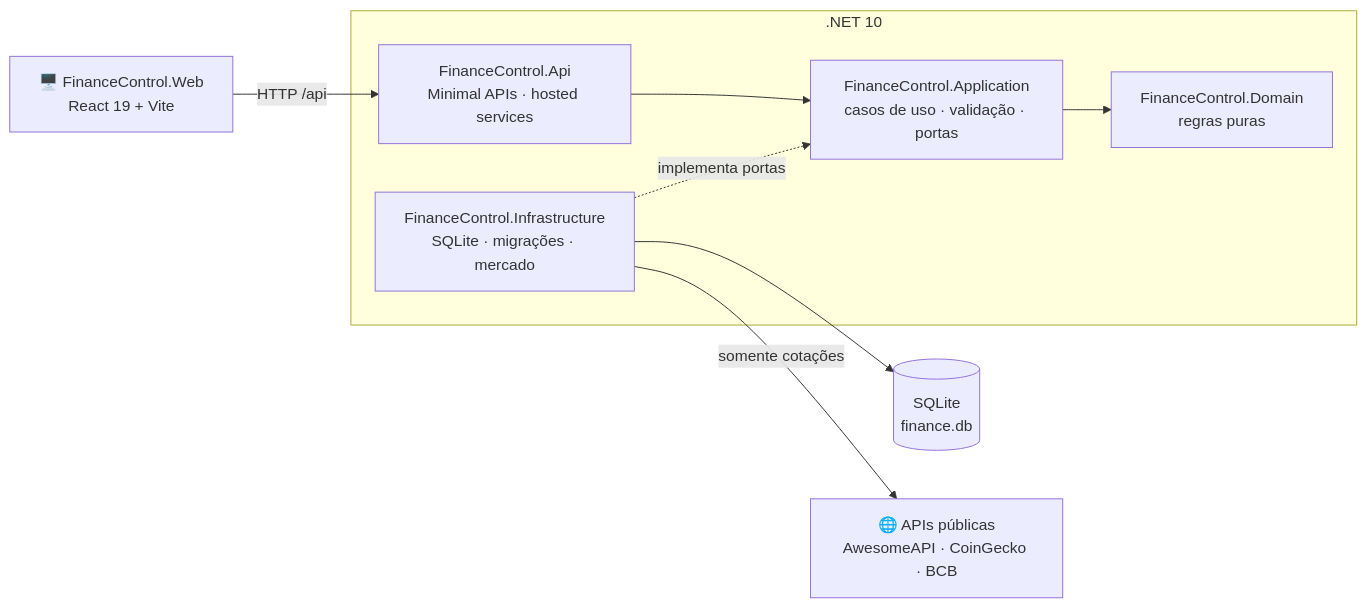
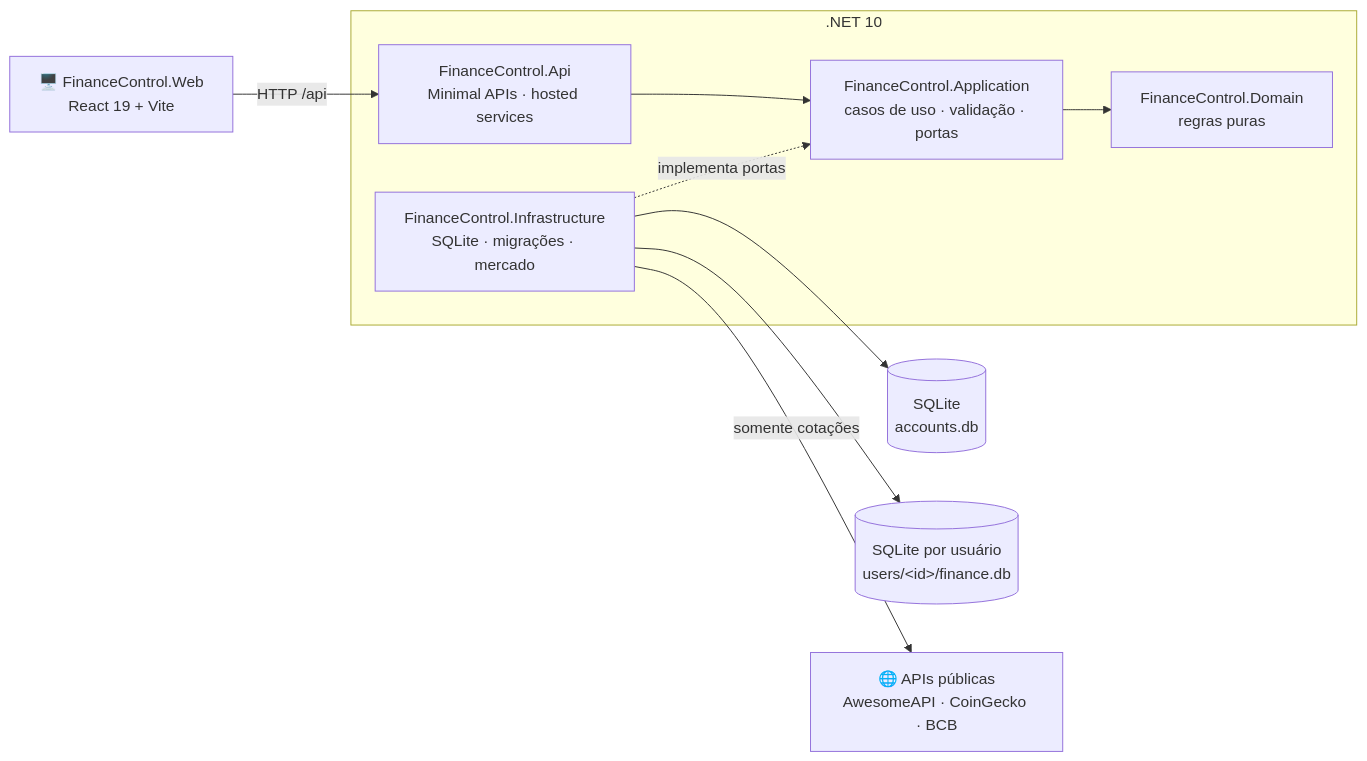
One commit to lucasmolc/FinanceControl changed the diagram in README.md. Above: the diagram before and after it, drawn with Mermaid. The commit also changed other lines of this file and 41 other files, not shown here.

````diff
--- a/README.md
+++ b/README.md
@@ -173,11 +370,12 @@
 ```mermaid
 flowchart LR
     Web["🖥️ FinanceControl.Web<br/>React 19 + Vite"] -- "HTTP /api" --> Api
     subgraph Backend [".NET 10"]
         Api["FinanceControl.Api<br/>Minimal APIs · hosted services"] --> App["FinanceControl.Application<br/>casos de uso · validação · portas"]
         App --> Domain["FinanceControl.Domain<br/>regras puras"]
         Infra["FinanceControl.Infrastructure<br/>SQLite · migrações · mercado"] -. implementa portas .-> App
     end
-    Infra --> DB[("SQLite<br/>finance.db")]
+    Infra --> Accounts[("SQLite<br/>accounts.db")]
+    Infra --> DB[("SQLite por usuário<br/>users/&lt;id&gt;/finance.db")]
     Infra -- "somente cotações" --> Ext["🌐 APIs públicas<br/>AwesomeAPI · CoinGecko · BCB"]
 ```
````
